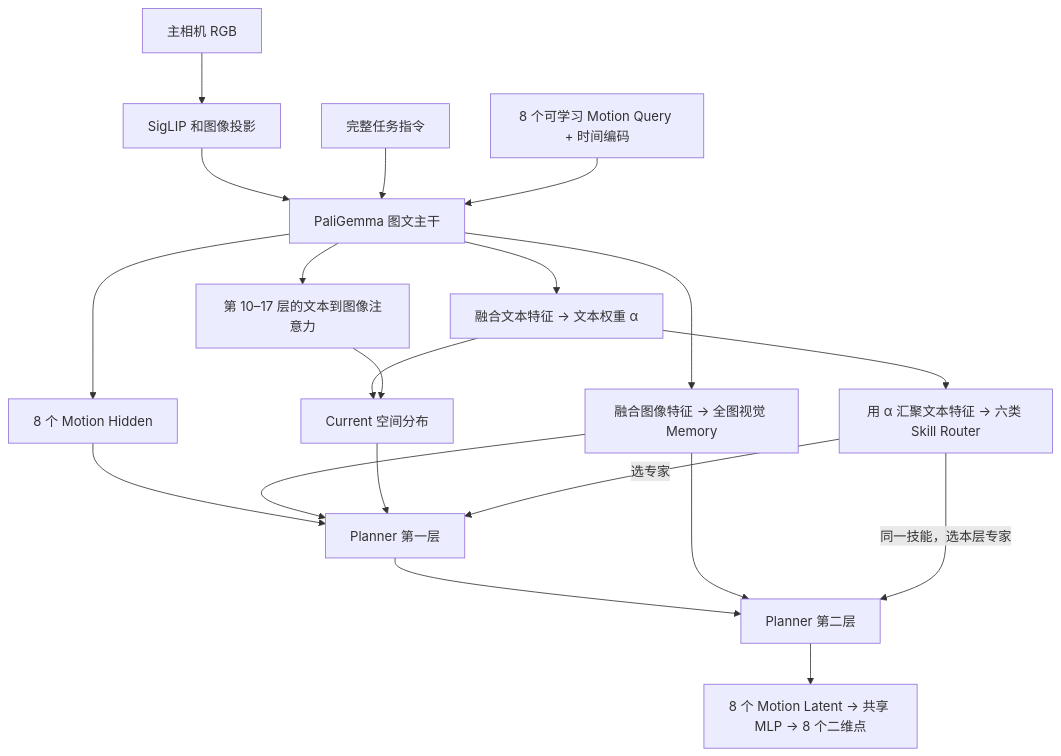
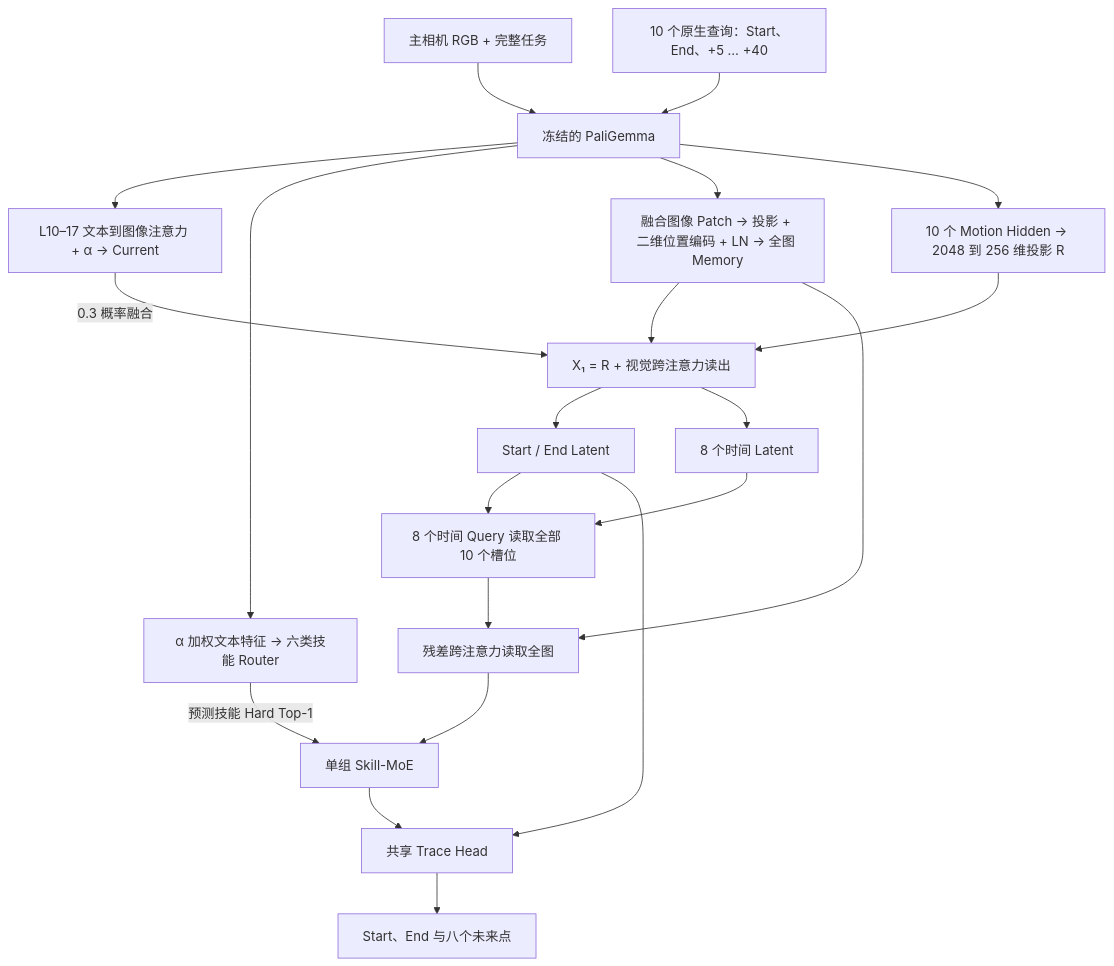
The diagram in docs/design.md (lyk-nju/ESkill-VLA), drawn with Mermaid before and after one commit. The commit also changed other lines of this file and 27 other files, not shown here.

Commit message:
Implement event-boundary Motion Planner

````diff
--- a/docs/design.md
+++ b/docs/design.md
@@ -9,22 +7,23 @@
 ```mermaid
 flowchart TD
-    I["主相机 RGB"] --> V["SigLIP 和图像投影"]
-    V --> L["PaliGemma 图文主干"]
-    T["完整任务指令"] --> L
-    Q["8 个可学习 Motion Query + 时间编码"] --> L
-    L --> A["融合文本特征 → 文本权重 α"]
-    L --> ATT["第 10–17 层的文本到图像注意力"]
-    A --> C["Current 空间分布"]
-    ATT --> C
-    A --> K["用 α 汇聚文本特征 → 六类 Skill Router"]
-    L --> M["融合图像特征 → 全图视觉 Memory"]
-    L --> H["8 个 Motion Hidden"]
-    H --> P1["Planner 第一层"]
-    M --> P1
-    C --> P1
-    K -->|"选专家"| P1
-    P1 --> P2["Planner 第二层"]
-    M --> P2
-    K -->|"同一技能，选本层专家"| P2
-    P2 --> O["8 个 Motion Latent → 共享 MLP → 8 个二维点"]
+    I["主相机 RGB + 完整任务"] --> L["冻结的 PaliGemma"]
+    Q["10 个原生查询：Start、End、+5 … +40"] --> L
+    L --> C["L10–17 文本到图像注意力 + α → Current"]
+    L --> K["α 加权文本特征 → 六类技能 Router"]
+    L --> B["融合图像 Patch → 投影 + 二维位置编码 + LN → 全图 Memory"]
+    L --> R["10 个 Motion Hidden → 2048 到 256 维投影 R"]
+    B --> X["X₁ = R + 视觉跨注意力读出"]
+    C -->|"0.3 概率融合"| X
+    R --> X
+    X --> BE["Start / End Latent"]
+    X --> U["8 个时间 Latent"]
+    BE --> T["8 个时间 Query 读取全部 10 个槽位"]
+    U --> T
+    T --> V["残差跨注意力读取全图"]
+    B --> V
+    V --> E["单组 Skill-MoE"]
+    K -->|"预测技能 Hard Top-1"| E
+    E --> H["共享 Trace Head"]
+    BE --> H
+    H --> XY["Start、End 与八个未来点"]
 ```
````
